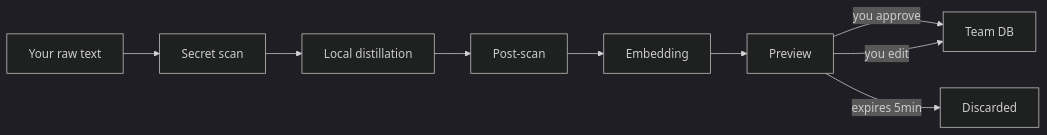
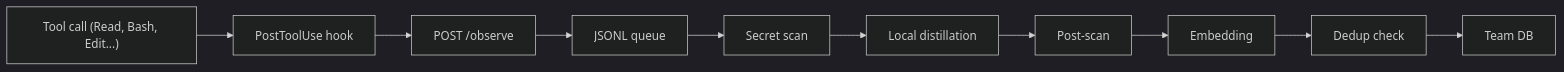
Before and after one commit to 5queezer/distill: the diagram in docs/explanation/how-memory-works.md, drawn with Mermaid (dark theme). The commit also changed other lines of this file and 37 other files, not shown here.

First line of the commit message:
feat: auto-observe pipeline — replace remember/confirm with hook-based capture (#80)

````diff
--- a/docs/explanation/how-memory-works.md
+++ b/docs/explanation/how-memory-works.md
@@ -13,11 +13,12 @@
 ```mermaid
 graph LR
-    A["Your raw text"] --> B["Secret scan"]
-    B --> C["Local distillation"]
-    C --> D["Post-scan"]
-    D --> E["Embedding"]
-    E --> F["Preview"]
-    F -->|you approve| G["Team DB"]
-    F -->|you edit| G
-    F -->|expires 5min| H["Discarded"]
+    A["Tool call (Read, Bash, Edit...)"] --> B["PostToolUse hook"]
+    B --> C["POST /observe"]
+    C --> D["JSONL queue"]
+    D --> E["Secret scan"]
+    E --> F["Local distillation"]
+    F --> G["Post-scan"]
+    G --> H["Embedding"]
+    H --> I["Dedup check"]
+    I --> J["Team DB"]
 ```
````
